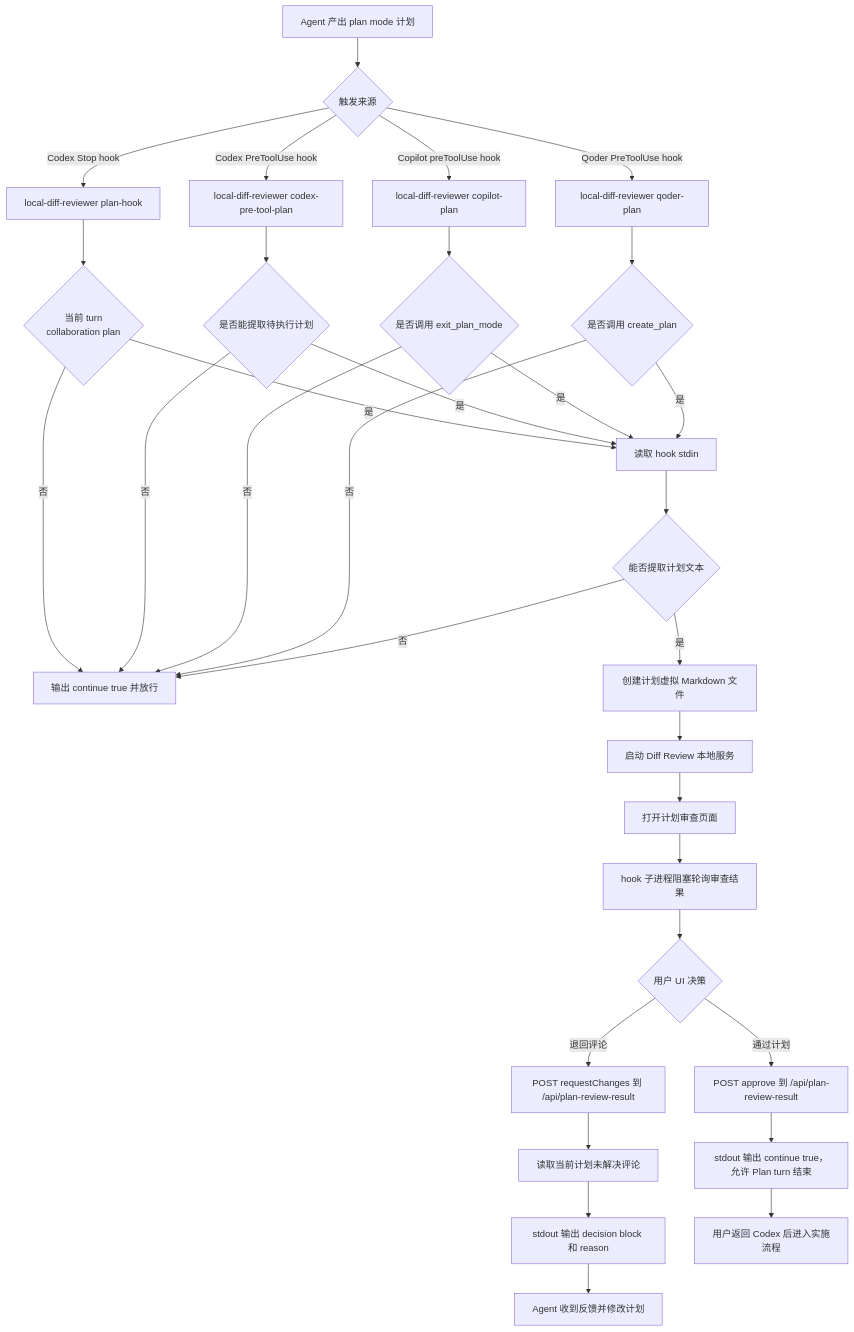
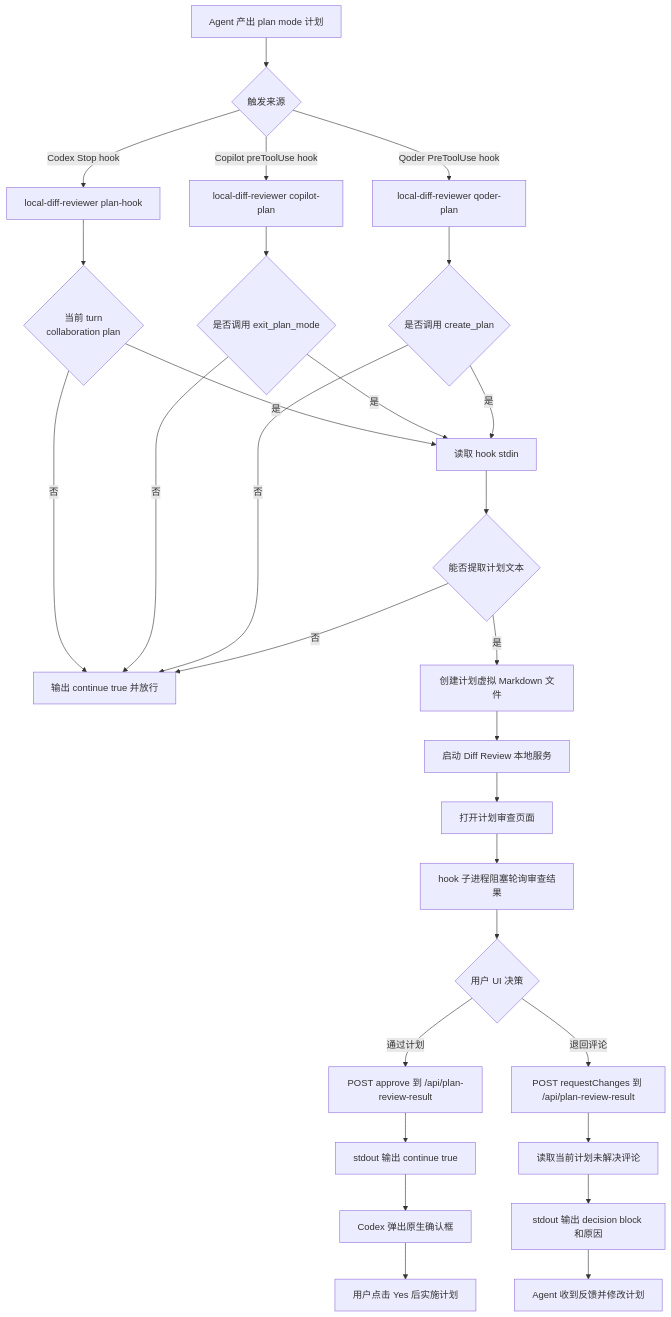
One commit to Mone-Lee/diff-review changed the diagram in docs/plan-mode-hooks.md. Above: the diagram before and after it, drawn with Mermaid. The commit also changed other lines of this file and 7 other files, not shown here.

Commit message:
fix(hooks): simplify codex plan review flow

````diff
--- a/docs/plan-mode-hooks.md
+++ b/docs/plan-mode-hooks.md
@@ -163,43 +132,40 @@
 ```mermaid
 flowchart TD
   Agent[Agent 产出 plan mode 计划] --> Entry{触发来源}
 
   Entry -->|Codex Stop hook| CodexHook[local-diff-reviewer plan-hook]
-  Entry -->|Codex PreToolUse hook| CodexPreToolHook[local-diff-reviewer codex-pre-tool-plan]
   Entry -->|Copilot preToolUse hook| CopilotHook[local-diff-reviewer copilot-plan]
   Entry -->|Qoder PreToolUse hook| QoderHook[local-diff-reviewer qoder-plan]
 
   CodexHook --> CodexCheck{当前 turn<br/>collaboration plan}
-  CodexPreToolHook --> CodexPreToolCheck{是否能提取待执行计划}
   CodexCheck -->|否| Pass[输出 continue true 并放行]
   CodexCheck -->|是| ReadInput[读取 hook stdin]
-  CodexPreToolCheck -->|否| Pass
-  CodexPreToolCheck -->|是| ReadInput
 
   CopilotHook --> CopilotCheck{是否调用 exit_plan_mode}
   CopilotCheck -->|否| Pass
   CopilotCheck -->|是| ReadInput
 
   QoderHook --> QoderCheck{是否调用 create_plan}
   QoderCheck -->|否| Pass
   QoderCheck -->|是| ReadInput
 
   ReadInput --> Extract{能否提取计划文本}
   Extract -->|否| Pass
   Extract -->|是| VirtualFile[创建计划虚拟 Markdown 文件]
 
   VirtualFile --> Server[启动 Diff Review 本地服务]
   Server --> Browser[打开计划审查页面]
   Browser --> Wait[hook 子进程阻塞轮询审查结果]
 
   Wait --> Review{用户 UI 决策}
   Review -->|通过计划| Approve[POST approve 到 /api/plan-review-result]
   Review -->|退回评论| RequestChanges[POST requestChanges 到 /api/plan-review-result]
 
-  Approve --> Continue[stdout 输出 continue true，允许 Plan turn 结束]
+  Approve --> Continue[stdout 输出 continue true]
   RequestChanges --> CollectComments[读取当前计划未解决评论]
-  CollectComments --> Stop[stdout 输出 decision block 和 reason]
+  CollectComments --> Stop[stdout 输出 decision block 和原因]
 
-  Continue --> AgentContinue[用户返回 Codex 后进入实施流程]
+  Continue --> NativeConfirm[Codex 弹出原生确认框]
+  NativeConfirm --> AgentContinue[用户点击 Yes 后实施计划]
   Stop --> AgentRevise[Agent 收到反馈并修改计划]
 ```
````
